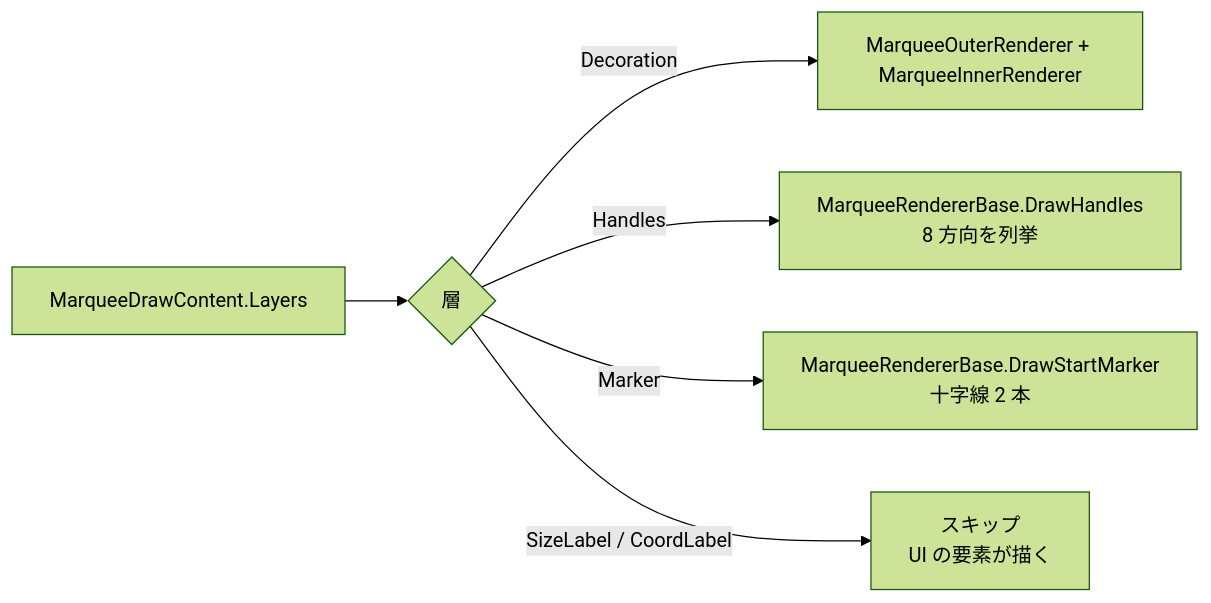
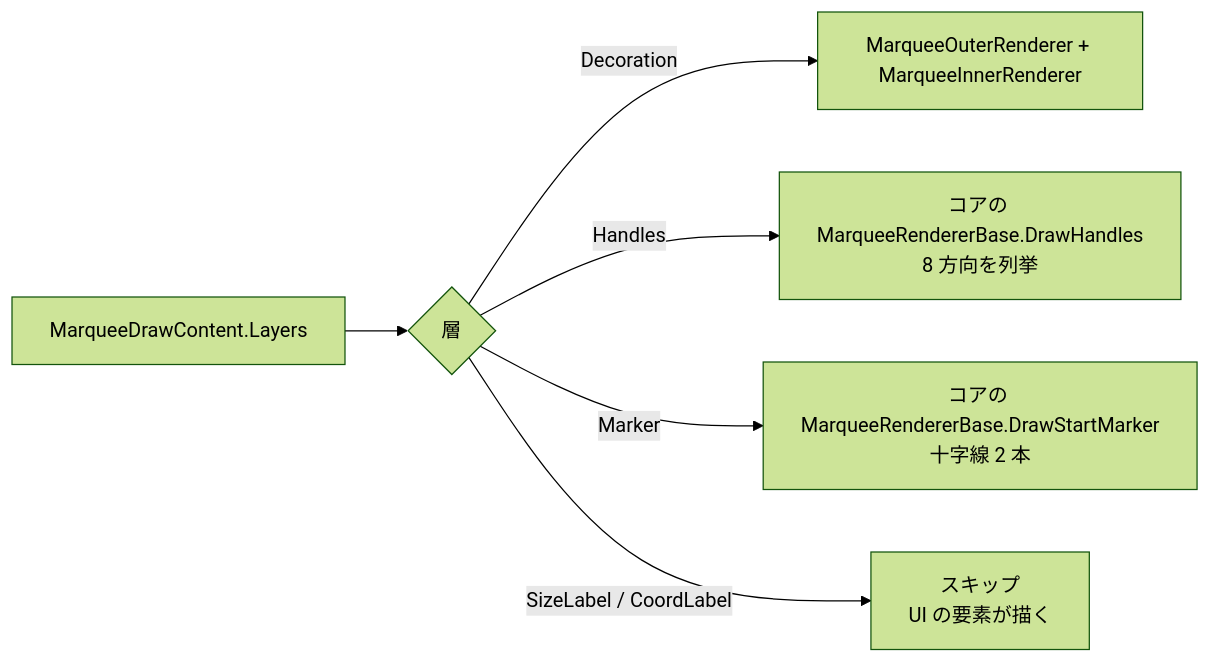
One commit to tomokuni/SaveEvidence changed the second of 4 diagrams in src/MarqueeControl.UIBase/SPEC_System.md. Above: the diagram before and after it, drawn with Mermaid (forest theme). The commit also changed other lines of this file and 112 other files, not shown here.

````diff
--- a/src/MarqueeControl.UIBase/SPEC_System.md
+++ b/src/MarqueeControl.UIBase/SPEC_System.md
@@ -73,8 +73,8 @@
 ```mermaid
 flowchart LR
     A[MarqueeDrawContent.Layers] --> B{層}
     B -->|Decoration| C[MarqueeOuterRenderer + MarqueeInnerRenderer]
-    B -->|Handles| D[MarqueeRendererBase.DrawHandles<br/>8 方向を列挙]
-    B -->|Marker| E[MarqueeRendererBase.DrawStartMarker<br/>十字線 2 本]
+    B -->|Handles| D[コアの MarqueeRendererBase.DrawHandles<br/>8 方向を列挙]
+    B -->|Marker| E[コアの MarqueeRendererBase.DrawStartMarker<br/>十字線 2 本]
     B -->|SizeLabel / CoordLabel| F[スキップ<br/>UI の要素が描く]
 ```
````
